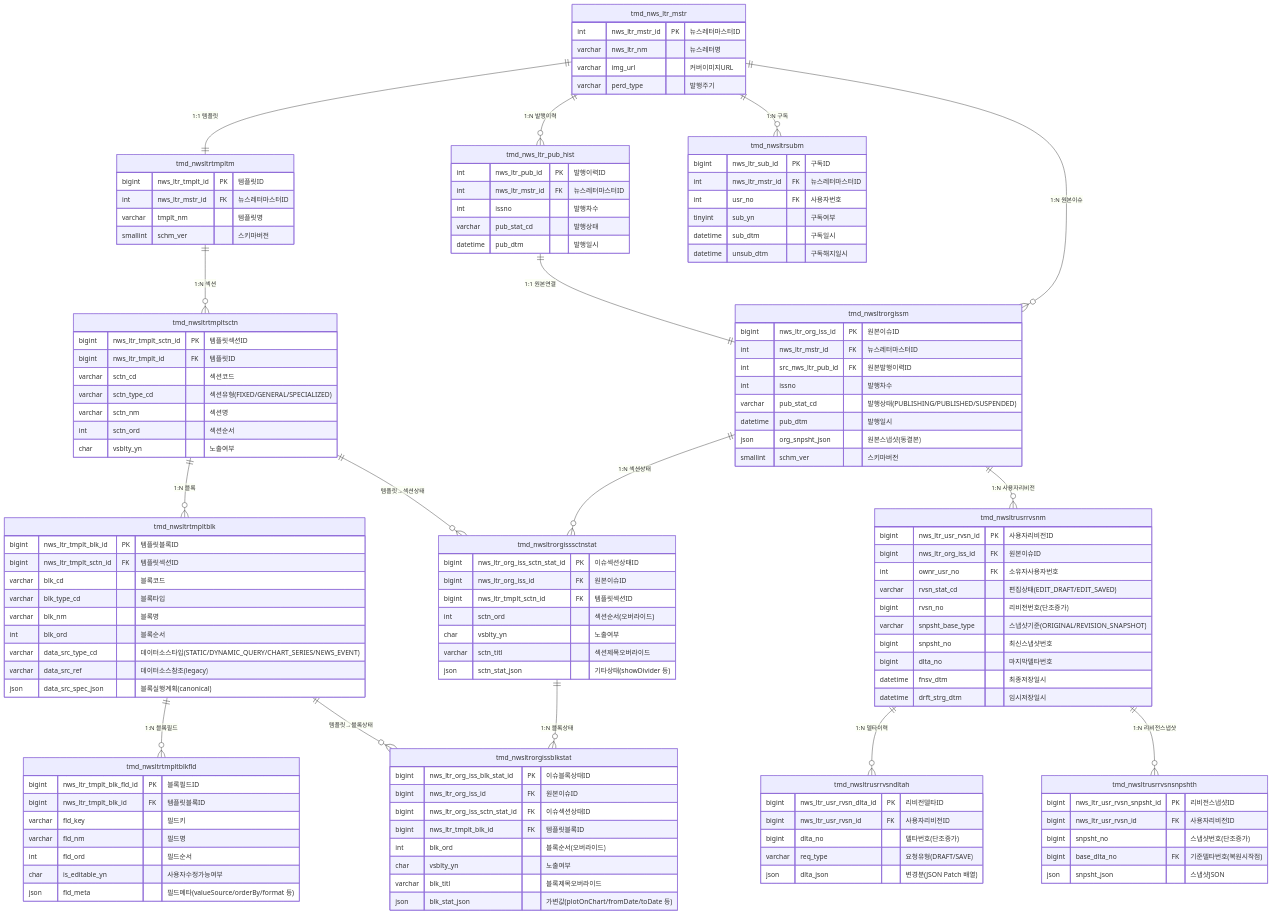
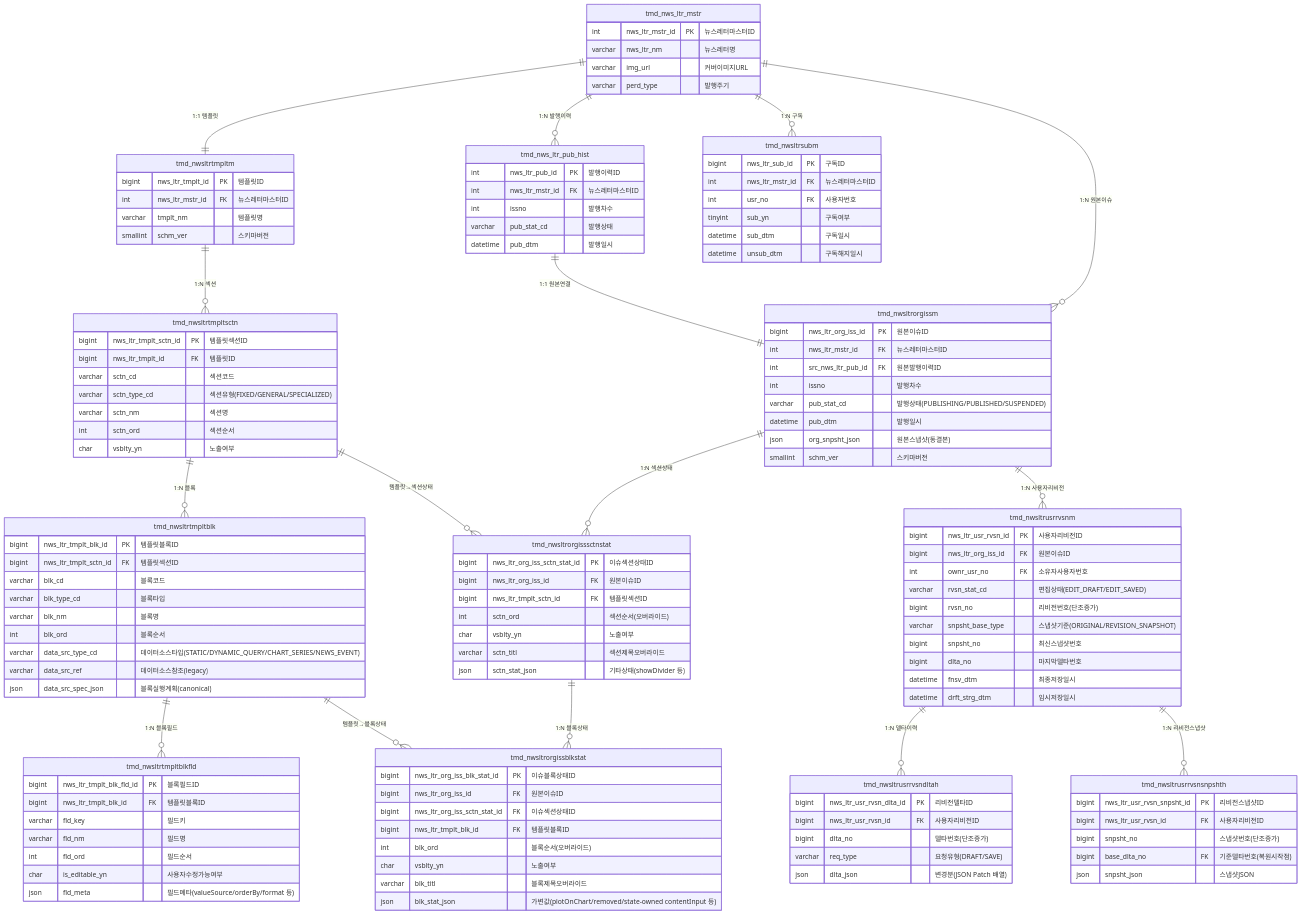
Before and after one commit to enkhbaatarL/backtend: the diagram in docs/newsletter-v2-confluence-guide.md, drawn with Mermaid. The commit also changed other lines of this file and 15 other files, not shown here.

```diff
--- a/docs/newsletter-v2-confluence-guide.md
+++ b/docs/newsletter-v2-confluence-guide.md
@@ -407,7 +412,7 @@
         int blk_ord "블록순서(오버라이드)"
         char vsblty_yn "노출여부"
         varchar blk_titl "블록제목오버라이드"
-        json blk_stat_json "가변값(plotOnChart/fromDate/toDate 등)"
+        json blk_stat_json "가변값(plotOnChart/removed/state-owned contentInput 등)"
     }
 
     %% ─────────────────────────────────────────
```
